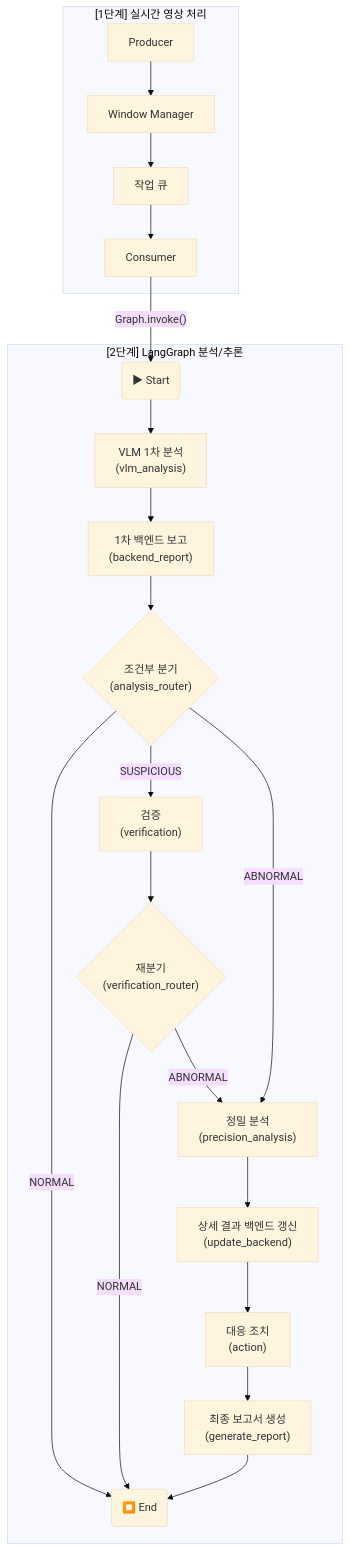
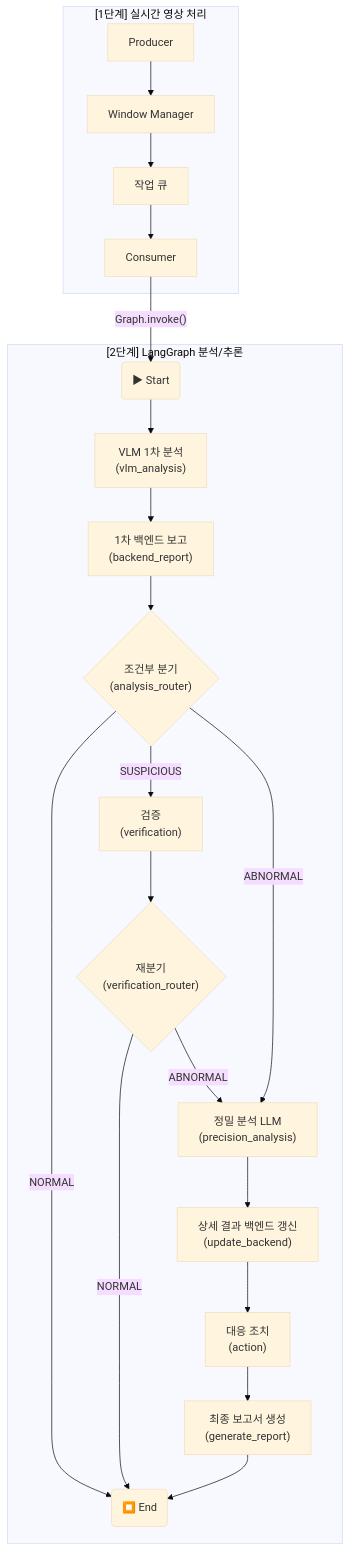
One commit to AIX-01/aegis-ai-agent changed the first of 2 diagrams in src/README.md. Above: the diagram before and after it, drawn with Mermaid (base theme).

Commit message:
docs: update README.md to clarify precision analysis node description

````diff
--- a/src/README.md
+++ b/src/README.md
@@ -109,28 +109,28 @@
 ```mermaid
 graph TD
     subgraph RealTime["[1단계] 실시간 영상 처리"]
         P["Producer"] --> W["Window Manager"]
         W --> Q["작업 큐"]
         Q --> C["Consumer"]
     end
 
     subgraph LangGraph["[2단계] LangGraph 분석/추론"]
         C --> |"Graph.invoke()"| Start(▶ Start)
         Start --> N1["VLM 1차 분석<br>(vlm_analysis)"]
         N1 --> N2["1차 백엔드 보고<br>(backend_report)"]
         N2 --> Router{"조건부 분기<br>(analysis_router)"}
         
         Router -- "NORMAL" --> End(⏹️ End)
         Router -- "SUSPICIOUS" --> N_Verify["검증<br>(verification)"]
-        Router -- "ABNORMAL" --> N_Precise["정밀 분석<br>(precision_analysis)"]
+        Router -- "ABNORMAL" --> N_Precise["정밀 분석 LLM <br>(precision_analysis)"]
 
         N_Verify --> Router2{"재분기<br>(verification_router)"}
         Router2 -- "NORMAL" --> End
         Router2 -- "ABNORMAL" --> N_Precise
 
         N_Precise --> N_Update["상세 결과 백엔드 갱신<br>(update_backend)"]
         N_Update --> N_Action["대응 조치<br>(action)"]
         N_Action --> N7["최종 보고서 생성<br>(generate_report)"]
         N7 --> End
     end
 ```
````
